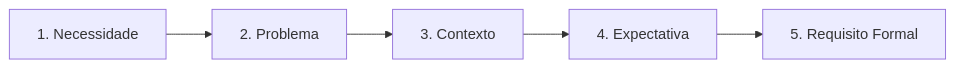
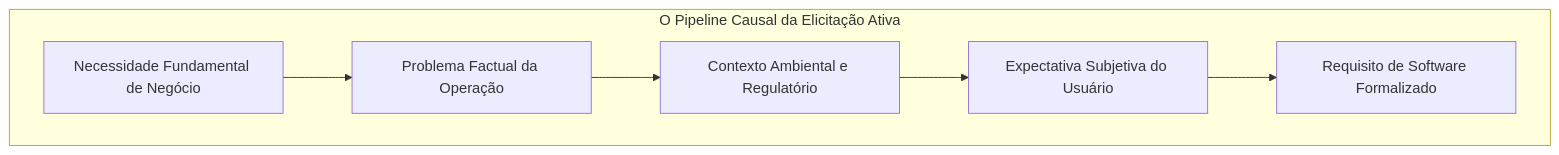
Before and after one commit to murilolol/unifef: the fifth of 29 diagrams in 4º Semestre/[Prof. Wesley Soares] Engenharia de Software II/Resumos-IA/Simulados-Comentados.md, drawn with Mermaid. The commit also changed other lines of this file and 40 other files, not shown here.

````diff
--- a/4º Semestre/[Prof. Wesley Soares] Engenharia de Software II/Resumos-IA/Simulados-Comentados.md
+++ b/4º Semestre/[Prof. Wesley Soares] Engenharia de Software II/Resumos-IA/Simulados-Comentados.md
@@ -401,7 +208,9 @@
 ```mermaid
-flowchart LR
- Nec["1. Necessidade"] --> Prob["2. Problema"]
- Prob --> Ctx["3. Contexto"]
- Ctx --> Exp["4. Expectativa"]
- Exp --> Req["5. Requisito Formal"]
+flowchart TD
+ subgraph ElicitacaoAtiva["O Pipeline Causal da Elicitação Ativa"]
+ N["Necessidade Fundamental de Negócio"] --> P["Problema Factual da Operação"]
+ P --> C["Contexto Ambiental e Regulatório"]
+ C --> E["Expectativa Subjetiva do Usuário"]
+ E --> R["Requisito de Software Formalizado"]
+ end
 ```
````
